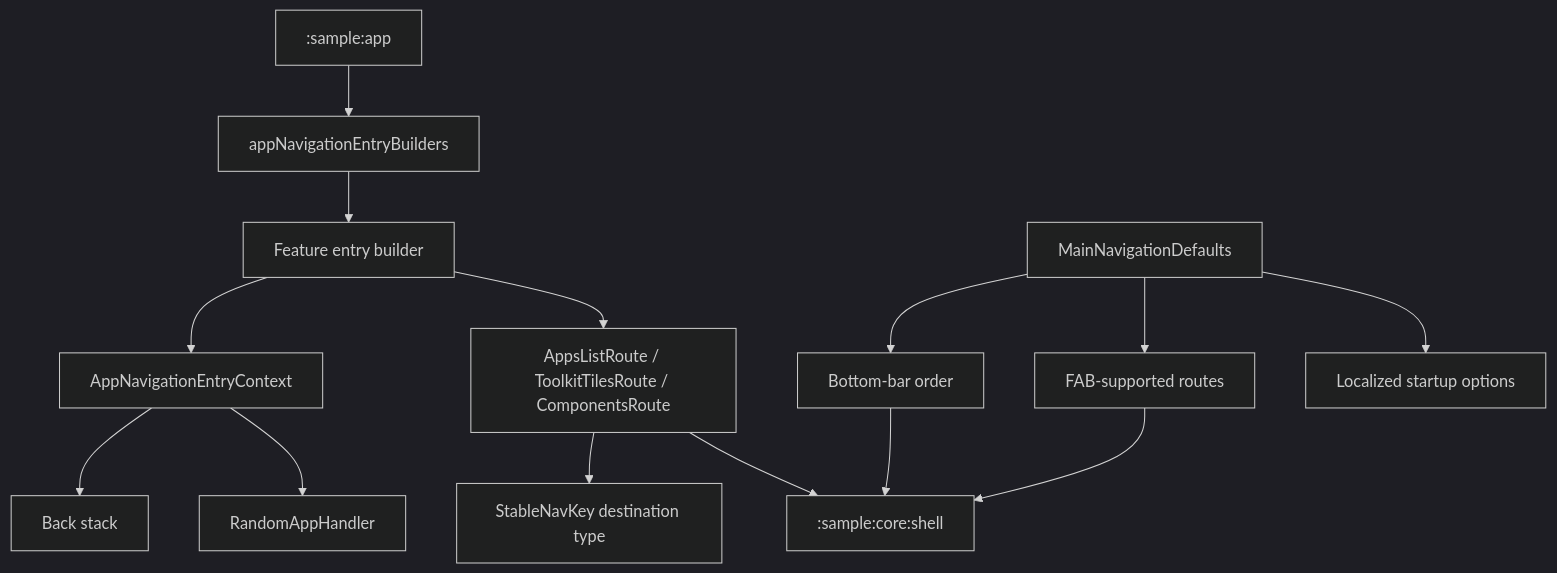
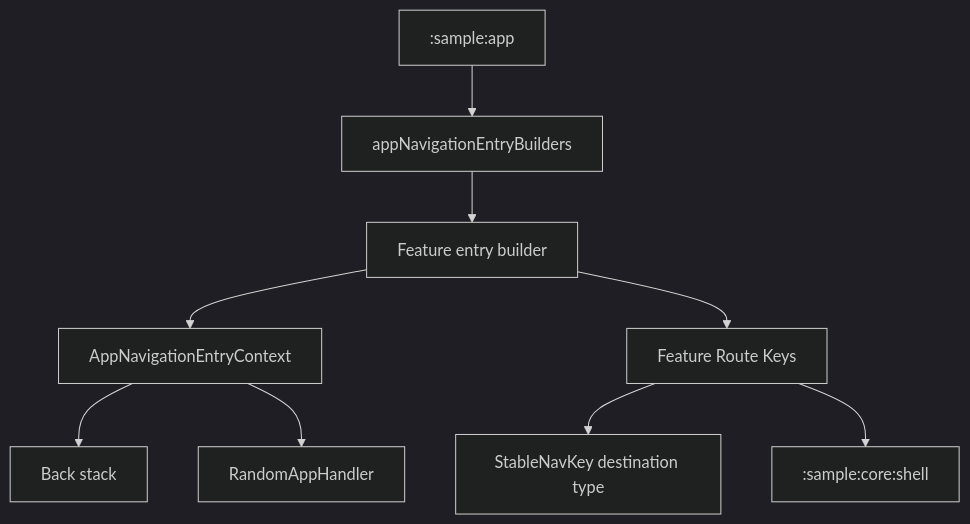
Before and after one commit to MihaiCristianCondrea/App-Toolkit-for-Android: the diagram in sample/core/navigation/README.md, drawn with Mermaid (dark theme). The commit also changed other lines of this file and 223 other files, not shown here.

````diff
--- a/sample/core/navigation/README.md
+++ b/sample/core/navigation/README.md
@@ -33,16 +33,11 @@
 ```mermaid
 flowchart TD
-    Keys["AppsListRoute / ToolkitTilesRoute / ComponentsRoute"] --> Type[StableNavKey destination type]
+    Keys[Feature Route Keys] --> Type[StableNavKey destination type]
     Feature[Feature entry builder] --> Context[AppNavigationEntryContext]
     Context --> Stack[Back stack]
     Context --> Random[RandomAppHandler]
     Feature --> Keys
     App[":sample:app"] --> Aggregate[appNavigationEntryBuilders]
     Aggregate --> Feature
-    Defaults[MainNavigationDefaults] --> Bottom[Bottom-bar order]
-    Defaults --> Fab[FAB-supported routes]
-    Defaults --> Startup[Localized startup options]
-    Bottom --> Shell[":sample:core:shell"]
-    Fab --> Shell
-    Keys --> Shell
+    Keys --> Shell[":sample:core:shell"]
 ```
````
